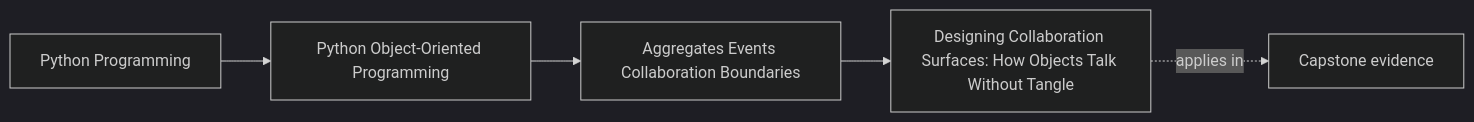
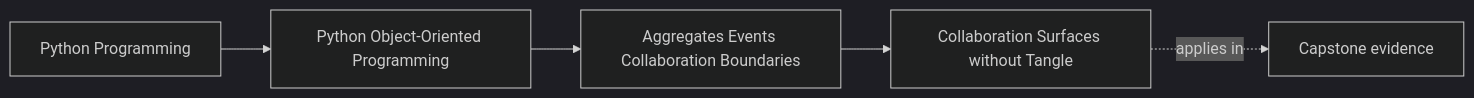
The first of 2 diagrams in programs/python-programming/python-object-oriented-programming/course-book/module-04-aggregates-events-collaboration-boundaries/collaboration-surfaces-without-tangle.md (bijux/bijux-masterclass), drawn with Mermaid (dark theme) before and after one commit. The commit also changed other lines of this file, not shown here.

Commit message:
docs(oop): narrow collaboration surfaces to owned interactions

````diff
--- a/programs/python-programming/python-object-oriented-programming/course-book/module-04-aggregates-events-collaboration-boundaries/collaboration-surfaces-without-tangle.md
+++ b/programs/python-programming/python-object-oriented-programming/course-book/module-04-aggregates-events-collaboration-boundaries/collaboration-surfaces-without-tangle.md
@@ -7,11 +6,11 @@
 ```mermaid
 graph LR
   family["Python Programming"]
   program["Python Object-Oriented Programming"]
   section["Aggregates Events Collaboration Boundaries"]
-  page["Designing Collaboration Surfaces: How Objects Talk Without Tangle"]
+  page["Collaboration Surfaces without Tangle"]
   capstone["Capstone evidence"]
 
   family --> program --> section --> page
   page -.applies in.-> capstone
 ```
````
